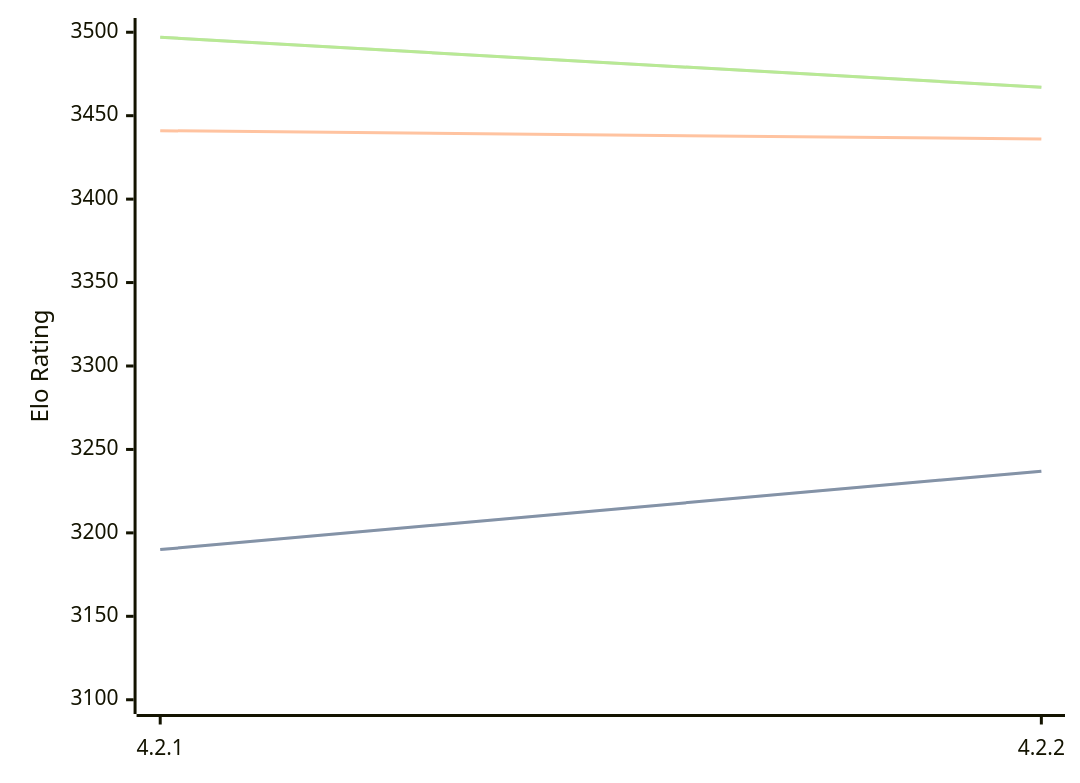
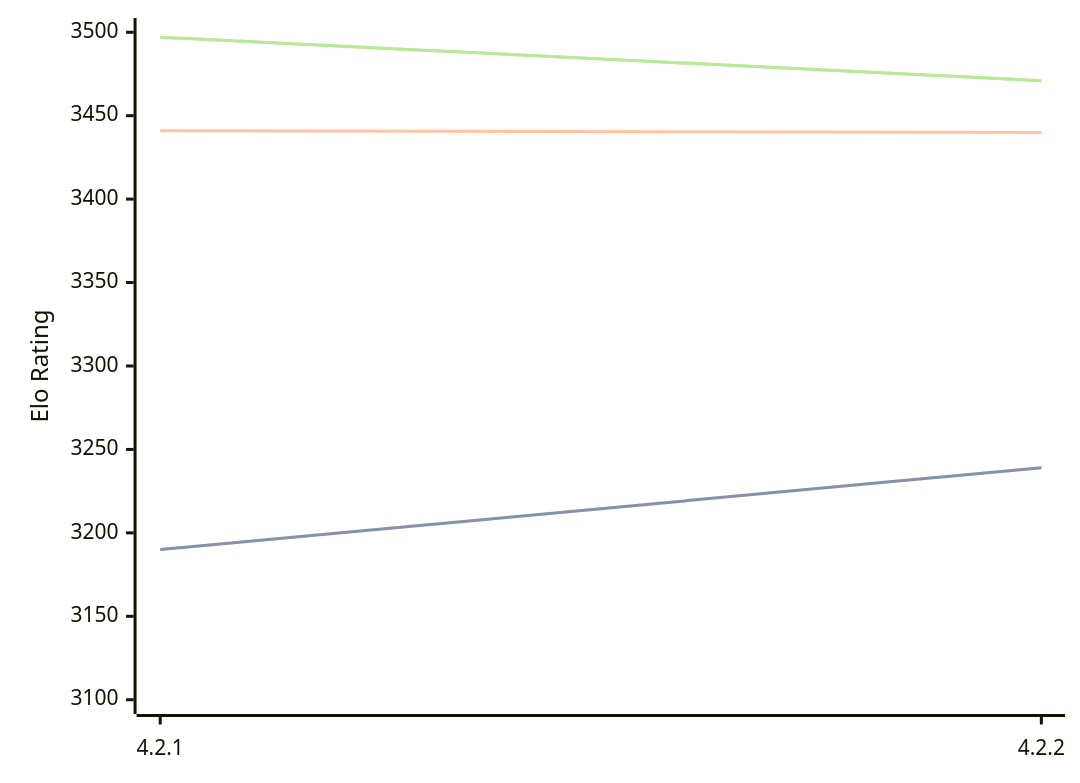
One commit to computer-chess-index/cci changed the diagram in engines/Gaia.md. Above: the diagram before and after it, drawn with Mermaid. The commit also changed other lines of this file, not shown here.

Commit message:
Update CCI Ratings (ELO VLTC) - 2026-08-19

````diff
--- a/engines/Gaia.md
+++ b/engines/Gaia.md
@@ -36,11 +36,11 @@
 ```mermaid
 %%{init: {"theme":"base","themeVariables":{"seriesColors:['#a3a3a3','#222221','#faa371']}}}%%
 xychart-beta
   x-axis ["4.2.1", "4.2.2"]
   y-axis "Elo Rating" 3100 --> 3500
-  line "STC (8.0+0.08s)" [3190, 3237]
-  line "STC (8.0+0.08s)" [3190, 3237]
-  line "LTC (60.0+0.60s)" [3441, 3436]
-  line "VLTC (2m24s+1.12s)" [3497, 3467]
-  line "VLTC (2m24s+1.12s)" [3497, 3467]
+  line "STC (8.0+0.08s)" [3190, 3239]
+  line "STC (8.0+0.08s)" [3190, 3239]
+  line "LTC (60.0+0.60s)" [3441, 3440]
+  line "VLTC (2m24s+1.12s)" [3497, 3471]
+  line "VLTC (2m24s+1.12s)" [3497, 3471]
 ```
````
